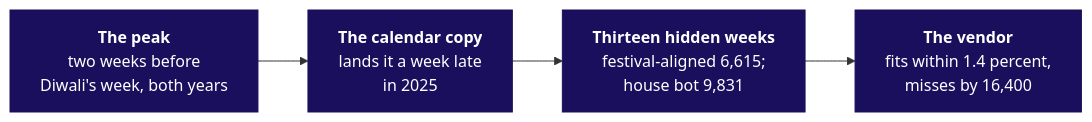
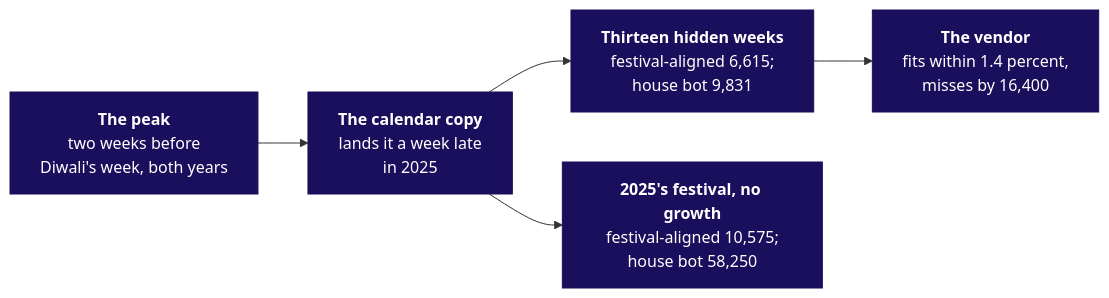
The sixth of 7 diagrams in content/W04/D5/whiteboards/C2_W04_D05_board_work_STUDENT.md (fde-academy-lab/c2-content-factory), drawn with Mermaid before and after one commit. The commit also changed other lines of this file and 5 other files, not shown here.

````diff
--- a/content/W04/D5/whiteboards/C2_W04_D05_board_work_STUDENT.md
+++ b/content/W04/D5/whiteboards/C2_W04_D05_board_work_STUDENT.md
@@ -117,8 +117,9 @@
 ```mermaid
 flowchart LR
     P["<b>The peak</b><br/>two weeks before<br/>Diwali's week, both years"] --> C["<b>The calendar copy</b><br/>lands it a week late<br/>in 2025"]
     C --> H["<b>Thirteen hidden weeks</b><br/>festival-aligned 6,615;<br/>house bot 9,831"]
+    C --> B25["<b>2025's festival, no growth</b><br/>festival-aligned 10,575;<br/>house bot 58,250"]
     H --> V["<b>The vendor</b><br/>fits within 1.4 percent,<br/>misses by 16,400"]
     classDef lit fill:#1A0F5C,stroke:#1A0F5C,color:#FFFFFF
-    class P,C,H,V lit
+    class P,C,H,V,B25 lit
 ```
````
